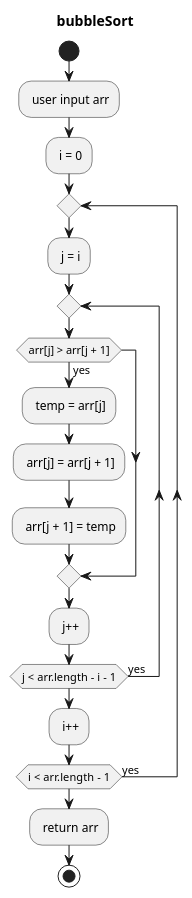
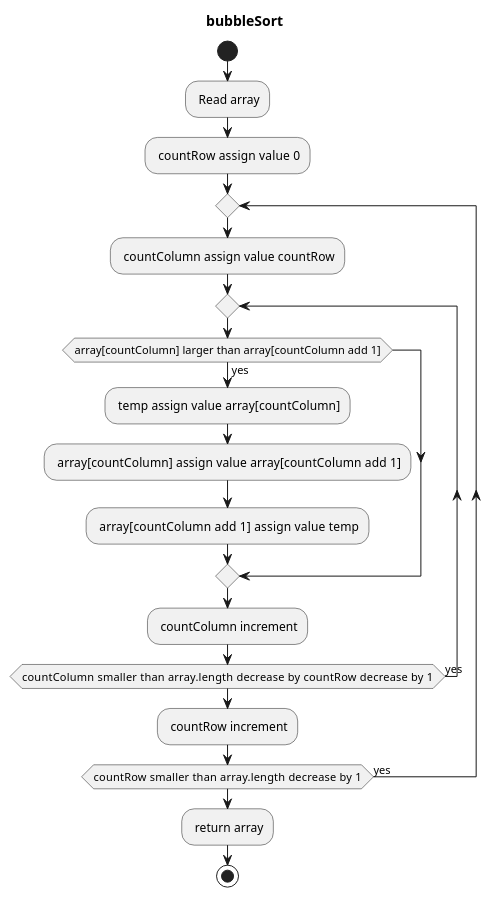
One commit to codingPhuc/B-i-t-p-nh-p-m-n-l-p-tr-nh changed the diagram in diagram/5.wsd. Above: the diagram before and after it, drawn with PlantUML. The commit also changed 102 other files, not shown here.

```diff
--- a/diagram/5.wsd
+++ b/diagram/5.wsd
@@ -1,20 +1,20 @@
 @startuml
 title bubbleSort
 start
-: user input arr;
-: i = 0;
+: Read array;
+: countRow assign value  0;
 repeat
-  : j = i;
+  : countColumn assign value  countRow;
   repeat
-    if (arr[j] > arr[j + 1]) then (yes)
-      : temp = arr[j];
-      : arr[j] = arr[j + 1];
-      : arr[j + 1] = temp;
+    if (array[countColumn] larger than array[countColumn add  1]) then (yes)
+      : temp assign value  array[countColumn];
+      : array[countColumn] assign value  array[countColumn add  1];
+      : array[countColumn add  1] assign value  temp;
     endif
-    : j++;
-  repeat while (j < arr.length - i - 1) is (yes)
-  : i++;
-repeat while (i < arr.length - 1) is (yes)
-: return arr;
+    : countColumn increment;
+  repeat while (countColumn smaller than  array.length  decrease by  countRow  decrease by  1) is (yes)
+  : countRow increment;
+repeat while (countRow smaller than  array.length  decrease by  1) is (yes)
+: return array;
 stop
 @enduml
```
